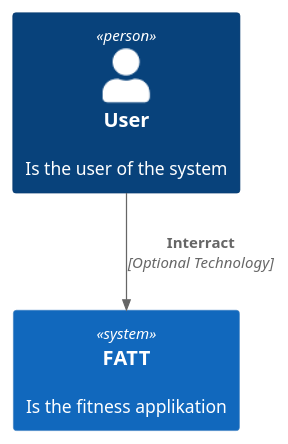
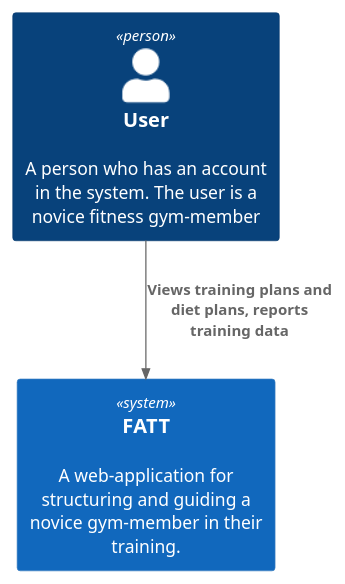
Before and after one commit to MartinStokholm/PRJ4_Repo: the diagram in UML/C4/C4_UML/C1.puml, drawn with PlantUML. The commit also changed 7 other files, not shown here.

```diff
--- a/UML/C4/C4_UML/C1.puml
+++ b/UML/C4/C4_UML/C1.puml
@@ -1,12 +1,12 @@
-@startuml C4_Elements
+@startuml C1
 !include https://raw.githubusercontent.com/plantuml-stdlib/C4-PlantUML/master/C4_Container.puml
 ' uncomment the following line and comment the first to use locally
 ' !include C4_Container.puml
 
-Person(user, "User", "Is the user of the system")
-System(fatt, "FATT", "Is the fitness applikation")
+Person(user, "User", "A person who has an account in the system. The user is a novice fitness gym-member")
+System(fatt, "FATT", "A web-application for structuring and guiding a novice gym-member in their training.")
 
 
 
-Rel(user, fatt, "Interract", "Optional Technology")
+Rel(user, fatt, "Views training plans and diet plans, reports training data")
 @enduml
```
